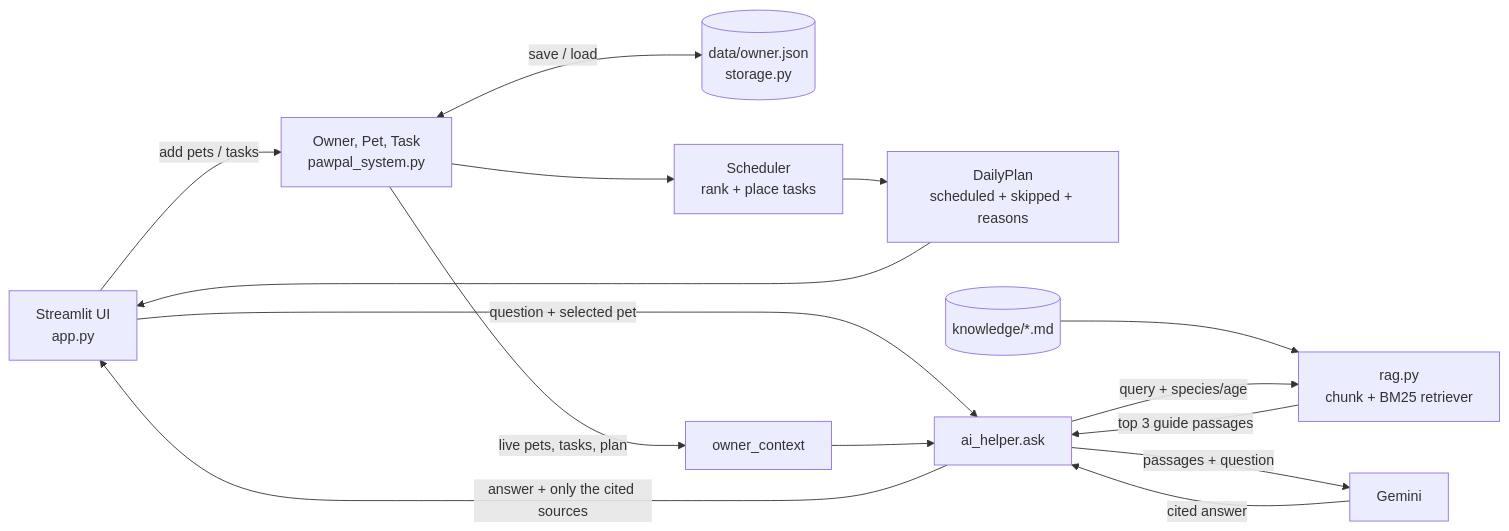
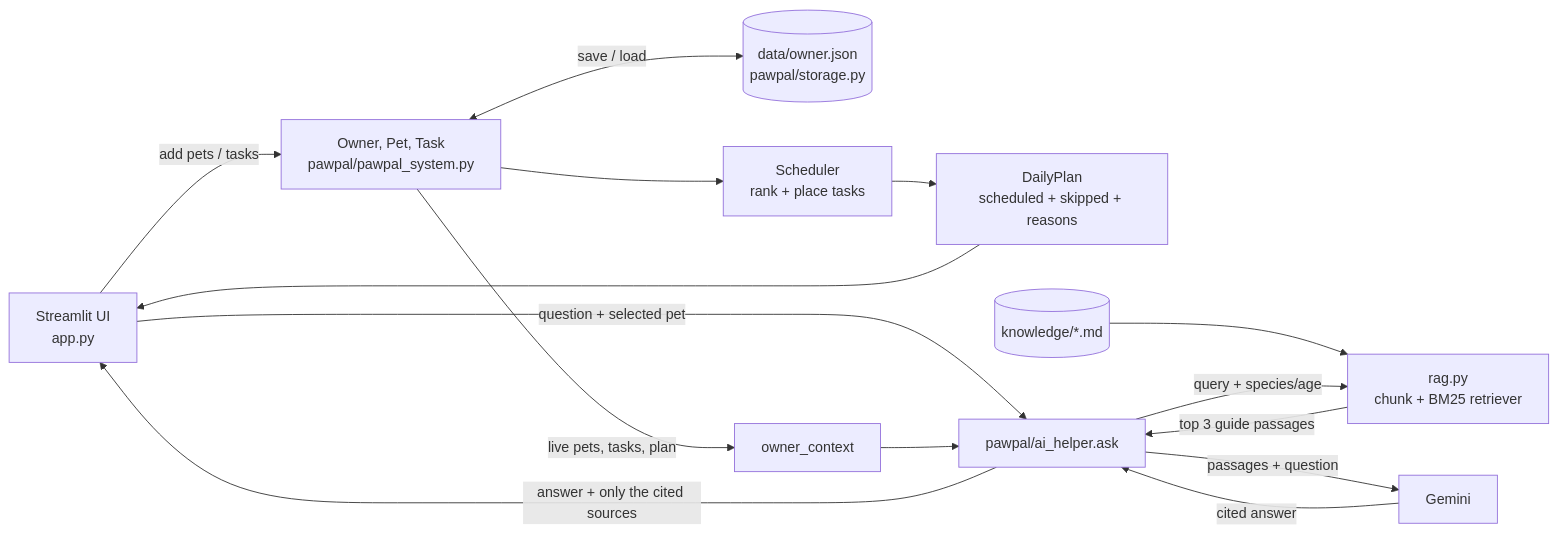
Before and after one commit to zw05/ai110-module2show-pawpal-starter: the diagram in README.md, drawn with Mermaid. The commit also changed other lines of this file and 29 other files, not shown here.

````diff
--- a/README.md
+++ b/README.md
@@ -15,17 +15,17 @@
 ```mermaid
 flowchart LR
-    UI[Streamlit UI<br/>app.py] -->|add pets / tasks| OWN[Owner, Pet, Task<br/>pawpal_system.py]
-    OWN <-->|save / load| STO[(data/owner.json<br/>storage.py)]
+    UI[Streamlit UI<br/>app.py] -->|add pets / tasks| OWN[Owner, Pet, Task<br/>pawpal/pawpal_system.py]
+    OWN <-->|save / load| STO[(data/owner.json<br/>pawpal/storage.py)]
     OWN --> SCH[Scheduler<br/>rank + place tasks] --> PLAN[DailyPlan<br/>scheduled + skipped + reasons]
     PLAN --> UI
 
-    UI -->|question + selected pet| ASK[ai_helper.ask]
+    UI -->|question + selected pet| ASK[pawpal/ai_helper.ask]
     KB[(knowledge/*.md)] --> RET[rag.py<br/>chunk + BM25 retriever]
     ASK -->|query + species/age| RET
     RET -->|top 3 guide passages| ASK
     OWN -->|live pets, tasks, plan| CTX[owner_context]
     CTX --> ASK
     ASK -->|passages + question| LLM[Gemini]
     LLM -->|cited answer| ASK
     ASK -->|answer + only the cited sources| UI
 ```
````
